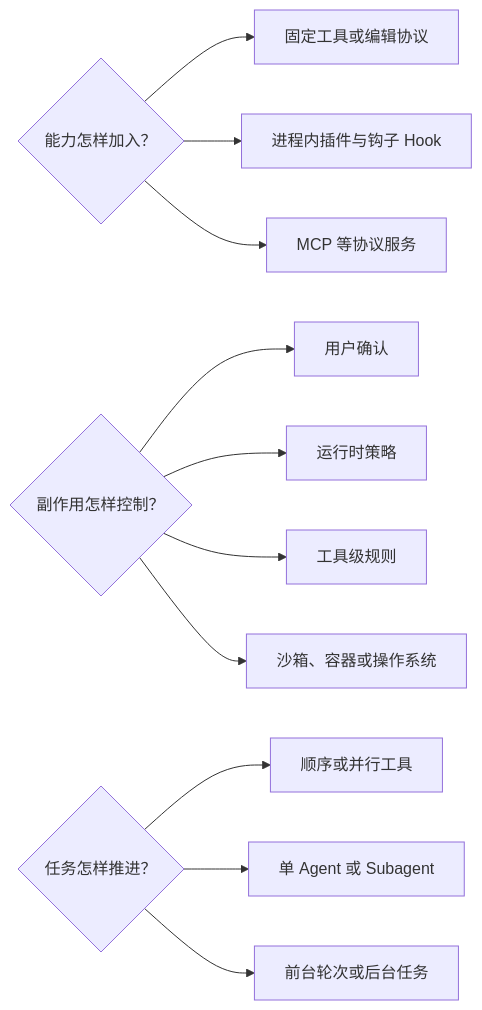
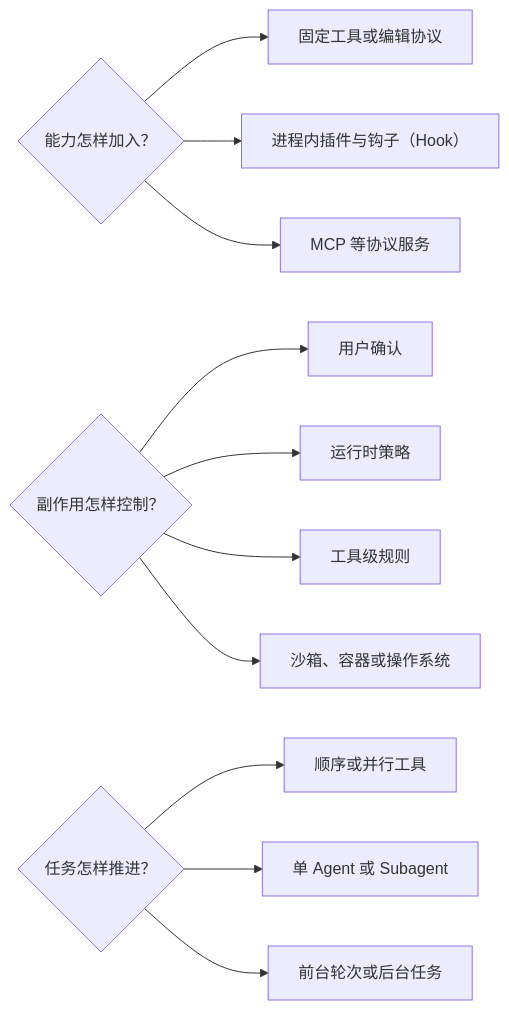
The diagram in docs/harness-survey/02_horizontal_capability_map.md (specialpointcentral/harness), drawn with Mermaid before and after one commit. The commit also changed other lines of this file and 7 other files, not shown here.

````diff
--- a/docs/harness-survey/02_horizontal_capability_map.md
+++ b/docs/harness-survey/02_horizontal_capability_map.md
@@ -67,15 +67,15 @@
 ```mermaid
 flowchart LR
   E{能力怎样加入？} --> E1[固定工具或编辑协议]
-  E --> E2[进程内插件与钩子 Hook]
+  E --> E2[进程内插件与钩子（Hook）]
   E --> E3[MCP 等协议服务]
 
   C{副作用怎样控制？} --> C1[用户确认]
   C --> C2[运行时策略]
   C --> C3[工具级规则]
   C --> C4[沙箱、容器或操作系统]
 
   A{任务怎样推进？} --> A1[顺序或并行工具]
   A --> A2[单 Agent 或 Subagent]
   A --> A3[前台轮次或后台任务]
 ```
````
